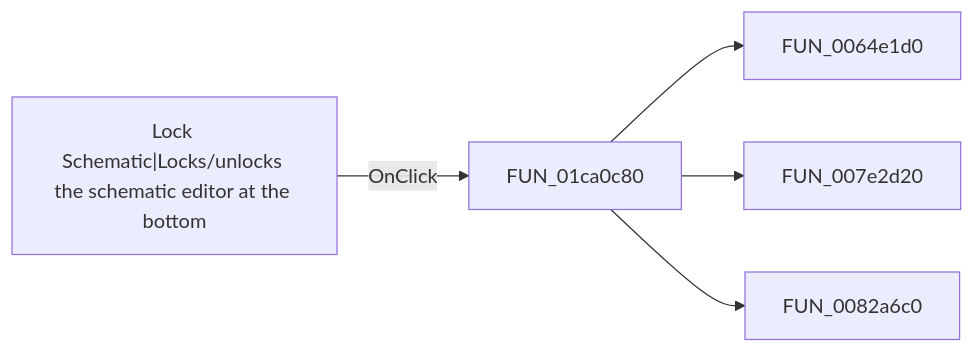
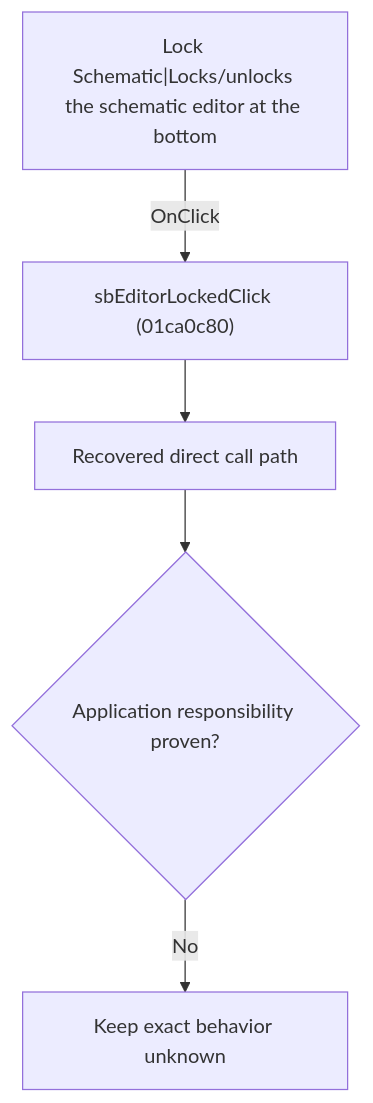
The diagram in docs/ui-controls/schematiceditor/sbeditorlocked-5f7c736059.md (MovGP0/TIARA), drawn with Mermaid before and after one commit. The commit also changed other lines of this file and 1062 other files, not shown here.

````diff
--- a/docs/ui-controls/schematiceditor/sbeditorlocked-5f7c736059.md
+++ b/docs/ui-controls/schematiceditor/sbeditorlocked-5f7c736059.md
@@ -27,7 +27,7 @@
 ```mermaid
-flowchart LR
-    control["Lock Schematic|Locks/unlocks the schematic editor at the bottom"] -->|OnClick| handler["FUN_01ca0c80"]
-    handler --> call1["FUN_0064e1d0"]
-    handler --> call2["FUN_007e2d20"]
-    handler --> call3["FUN_0082a6c0"]
+flowchart TD
+    control["Lock Schematic|Locks/unlocks the schematic editor at the bottom"] -->|"OnClick"| handler["sbEditorLockedClick (01ca0c80)"]
+    handler --> recovered["Recovered direct call path"]
+    recovered --> gap{"Application responsibility proven?"}
+    gap -->|"No"| blocked["Keep exact behavior unknown"]
 ```
````
